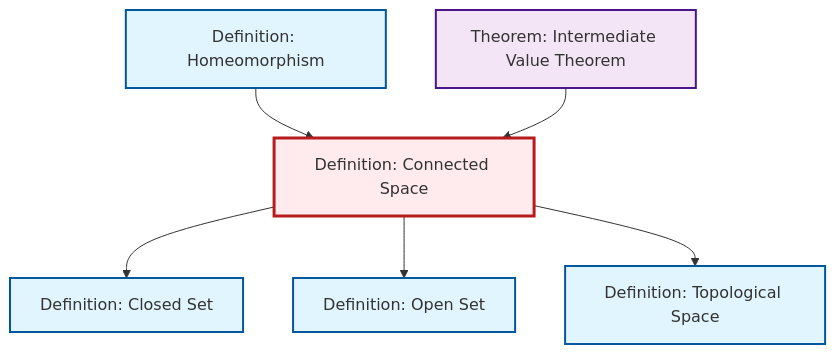
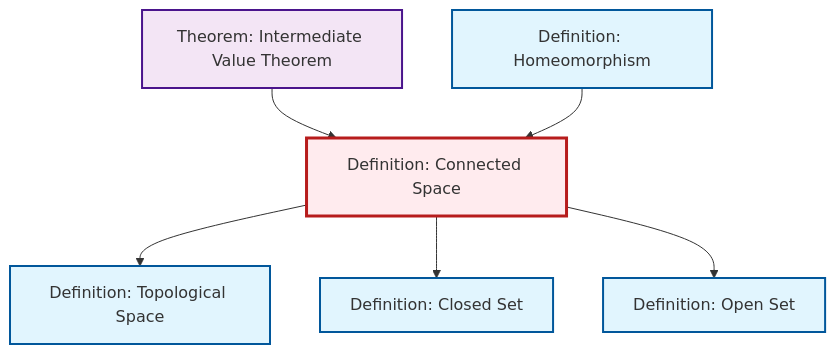
The diagram in content/en/topology/def-connected.qmd (RK0429/ModernMath), drawn with Mermaid before and after one commit. The commit also changed other lines of this file and 597 other files, not shown here.

````diff
--- a/content/en/topology/def-connected.qmd
+++ b/content/en/topology/def-connected.qmd
@@ -49,26 +49,26 @@
 ```{mermaid}
 %%| fig-cap: "Local dependency graph"
 graph TD
     classDef definition fill:#e1f5fe,stroke:#01579b,stroke-width:2px
     classDef theorem fill:#f3e5f5,stroke:#4a148c,stroke-width:2px
     classDef axiom fill:#fff3e0,stroke:#e65100,stroke-width:2px
     classDef example fill:#e8f5e9,stroke:#1b5e20,stroke-width:2px
     classDef current fill:#ffebee,stroke:#b71c1c,stroke-width:3px
-    def-connected["Definition: Connected Space"]:::definition
     def-closed-set["Definition: Closed Set"]:::definition
-    def-open-set["Definition: Open Set"]:::definition
     thm-intermediate-value["Theorem: Intermediate Value Theorem"]:::theorem
     def-topological-space["Definition: Topological Space"]:::definition
+    def-connected["Definition: Connected Space"]:::definition
     def-homeomorphism["Definition: Homeomorphism"]:::definition
-    def-homeomorphism --> def-connected
+    def-open-set["Definition: Open Set"]:::definition
+    def-connected --> def-topological-space
     thm-intermediate-value --> def-connected
     def-connected --> def-closed-set
+    def-homeomorphism --> def-connected
     def-connected --> def-open-set
-    def-connected --> def-topological-space
     class def-connected current
     click def-closed-set "def-closed-set.html" "Go to Closed Set definition"
-    click def-open-set "def-open-set.html" "Go to Open Set definition"
     click thm-intermediate-value "thm-intermediate-value.html" "Go to Intermediate Value Theorem theorem"
     click def-topological-space "def-topological-space.html" "Go to Topological Space definition"
     click def-homeomorphism "def-homeomorphism.html" "Go to Homeomorphism definition"
+    click def-open-set "def-open-set.html" "Go to Open Set definition"
 ```
````
